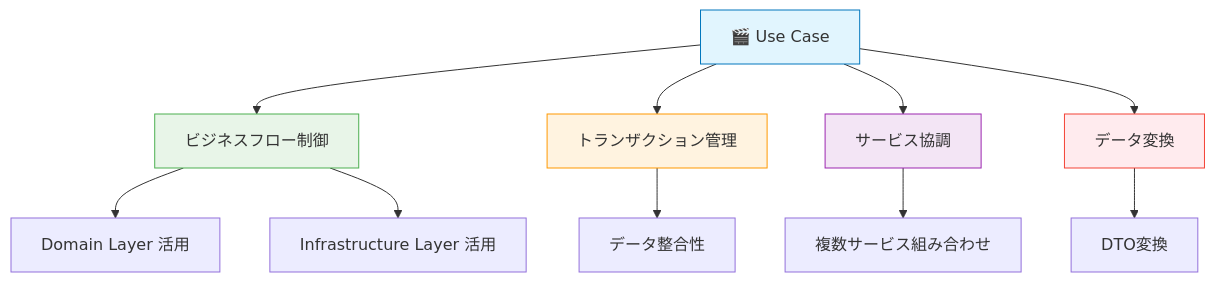
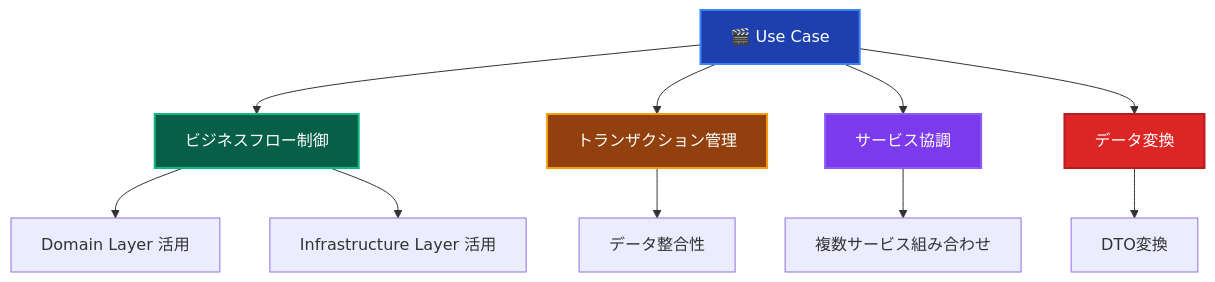
The first of 2 diagrams in _DOCS/guides/ddd/layers/components/use-cases.md (derushio/d-next-ddd-example), drawn with Mermaid before and after one commit. The commit also changed 31 other files, not shown here.

Commit message:
🎨: DOCSのMermaid図表カラーテーマを暗色に統一し視認性を向上

````diff
--- a/_DOCS/guides/ddd/layers/components/use-cases.md
+++ b/_DOCS/guides/ddd/layers/components/use-cases.md
@@ -13,19 +13,19 @@
 ```mermaid
 graph TD
     UC[🎬 Use Case] --> FLOW[ビジネスフロー制御]
     UC --> TRANSACTION[トランザクション管理]
     UC --> ORCHESTRATION[サービス協調]
     UC --> CONVERSION[データ変換]
     
     FLOW --> DOMAIN[Domain Layer 活用]
     FLOW --> INFRA[Infrastructure Layer 活用]
     TRANSACTION --> CONSISTENCY[データ整合性]
     ORCHESTRATION --> MULTIPLE[複数サービス組み合わせ]
     CONVERSION --> DTO[DTO変換]
     
-    style UC fill:#e1f5fe,stroke:#0277bd
-    style FLOW fill:#e8f5e8,stroke:#4caf50
-    style TRANSACTION fill:#fff3e0,stroke:#ff9800
-    style ORCHESTRATION fill:#f3e5f5,stroke:#9c27b0
-    style CONVERSION fill:#ffebee,stroke:#f44336
+    style UC fill:#1e40af,stroke:#3b82f6,stroke-width:2px,color:#ffffff
+    style FLOW fill:#065f46,stroke:#10b981,stroke-width:2px,color:#ffffff
+    style TRANSACTION fill:#92400e,stroke:#f59e0b,stroke-width:2px,color:#ffffff
+    style ORCHESTRATION fill:#7c3aed,stroke:#8b5cf6,stroke-width:2px,color:#ffffff
+    style CONVERSION fill:#dc2626,stroke:#b91c1c,stroke-width:2px,color:#ffffff
 ```
````
